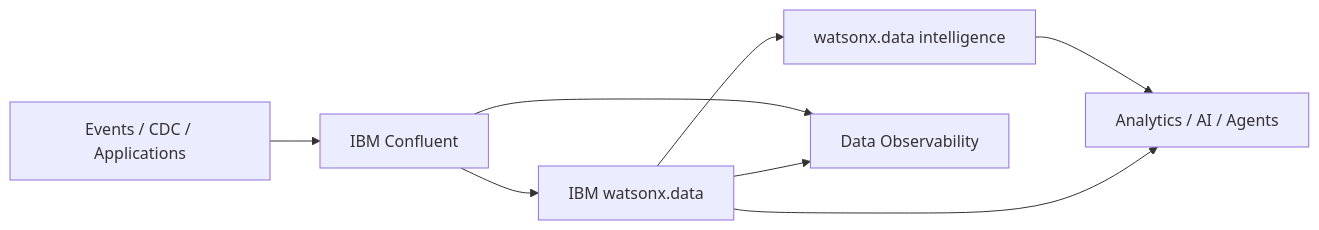
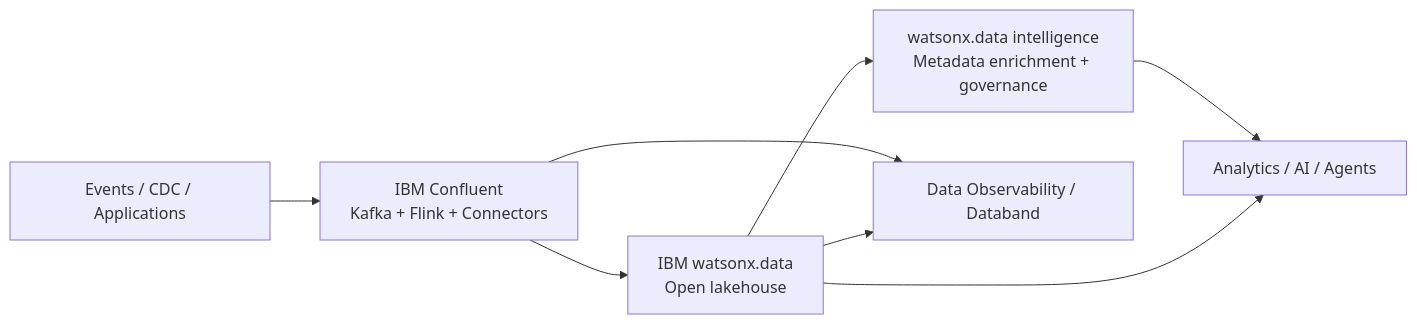
One commit to ibm-self-serve-assets/building-blocks2.0 changed the diagram in docs-src/data-core/context/index.md. Above: the diagram before and after it, drawn with Mermaid. The commit also changed other lines of this file and 14 other files, not shown here.

````diff
--- a/docs-src/data-core/context/index.md
+++ b/docs-src/data-core/context/index.md
@@ -23,10 +46,10 @@
 ```mermaid
 flowchart LR
-    E[Events / CDC / Applications] --> C[IBM Confluent]
-    C --> W[IBM watsonx.data]
-    W --> M[watsonx.data intelligence]
-    C --> O[Data Observability]
+    E["Events / CDC / Applications"] --> C["IBM Confluent<br/>Kafka + Flink + Connectors"]
+    C --> W["IBM watsonx.data<br/>Open lakehouse"]
+    W --> M["watsonx.data intelligence<br/>Metadata enrichment + governance"]
+    C --> O["Data Observability / Databand"]
     W --> O
-    M --> A[Analytics / AI / Agents]
+    M --> A["Analytics / AI / Agents"]
     W --> A
 ```
````
